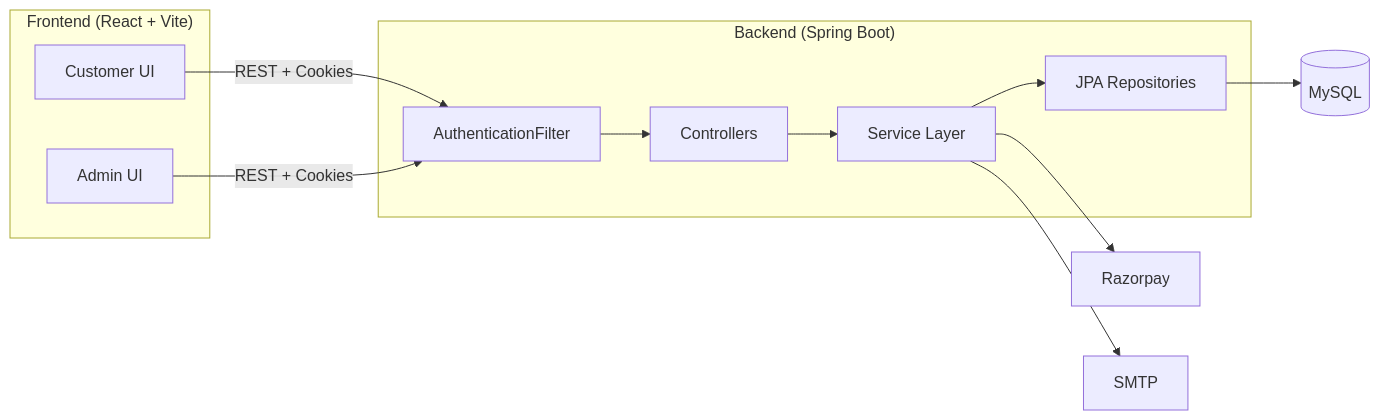
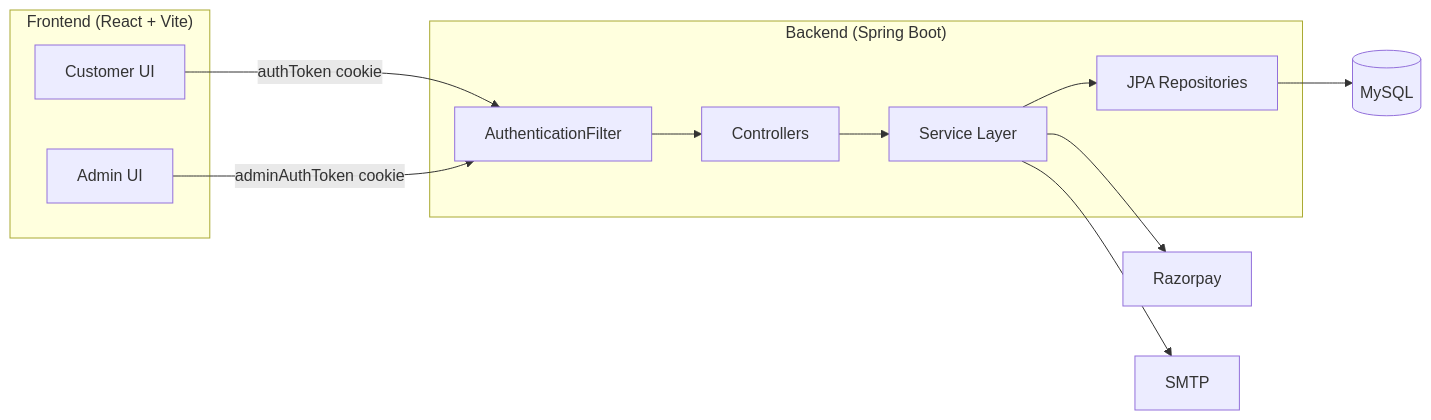
One commit to annnuuupam/NexCart changed the first of 5 diagrams in ARCHITECTURE.md. Above: the diagram before and after it, drawn with Mermaid. The commit also changed other lines of this file and 41 other files, not shown here.

First line of the commit message:
feat: dual-cookie auth, dynamic store branding, full docs refresh

````diff
--- a/ARCHITECTURE.md
+++ b/ARCHITECTURE.md
@@ -12,27 +12,27 @@
 ```mermaid
 flowchart LR
   subgraph FE["Frontend (React + Vite)"]
     CUST["Customer UI"]
     ADMIN["Admin UI"]
   end
 
   subgraph BE["Backend (Spring Boot)"]
+    FILTER["AuthenticationFilter"]
     CTRL["Controllers"]
     SVC["Service Layer"]
     REPO["JPA Repositories"]
-    FILTER["AuthenticationFilter"]
   end
 
   DB[("MySQL")]
   RP["Razorpay"]
   SMTP["SMTP"]
 
-  CUST -->|REST + Cookies| FILTER
-  ADMIN -->|REST + Cookies| FILTER
+  CUST -->|authToken cookie| FILTER
+  ADMIN -->|adminAuthToken cookie| FILTER
   FILTER --> CTRL
   CTRL --> SVC
   SVC --> REPO
   REPO --> DB
   SVC --> RP
   SVC --> SMTP
 ```
````
